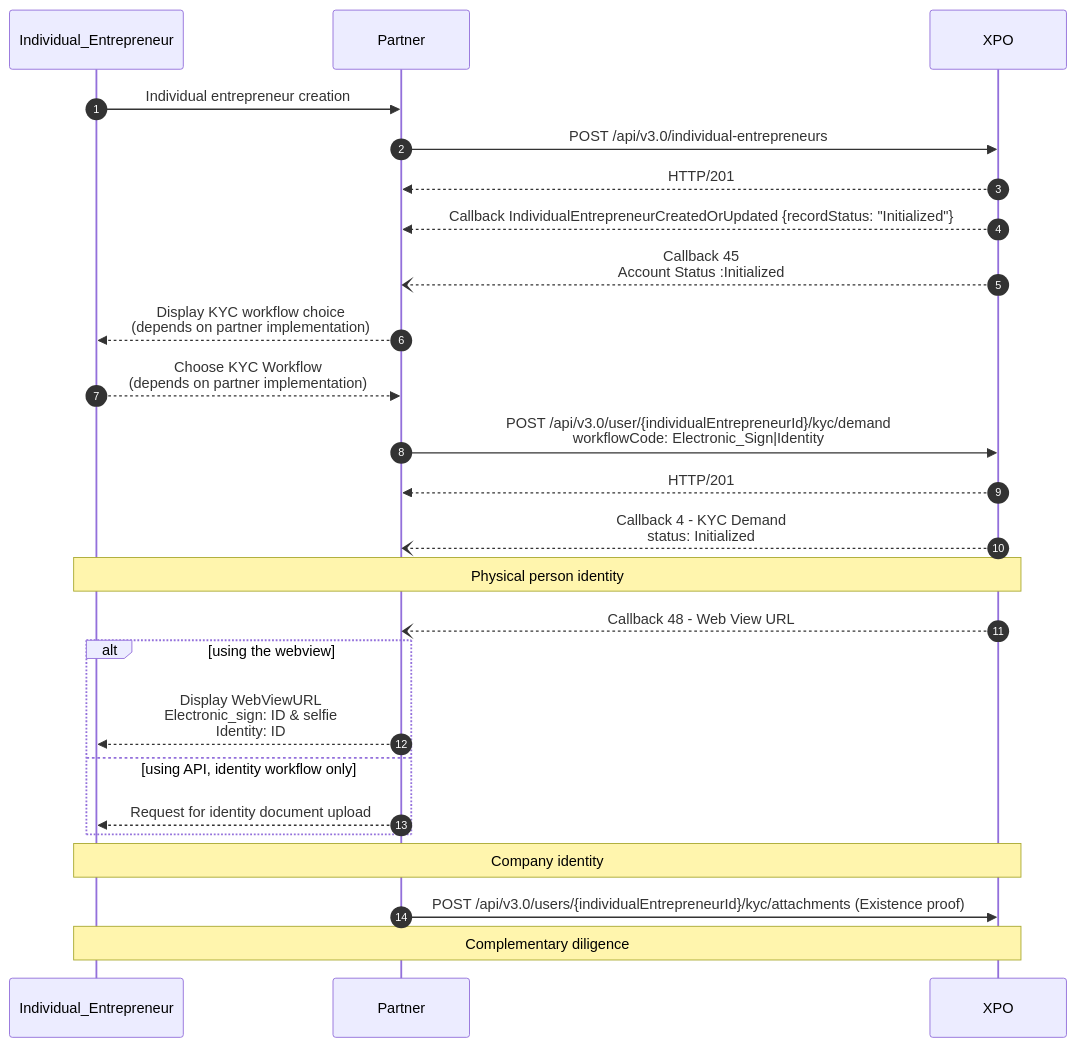
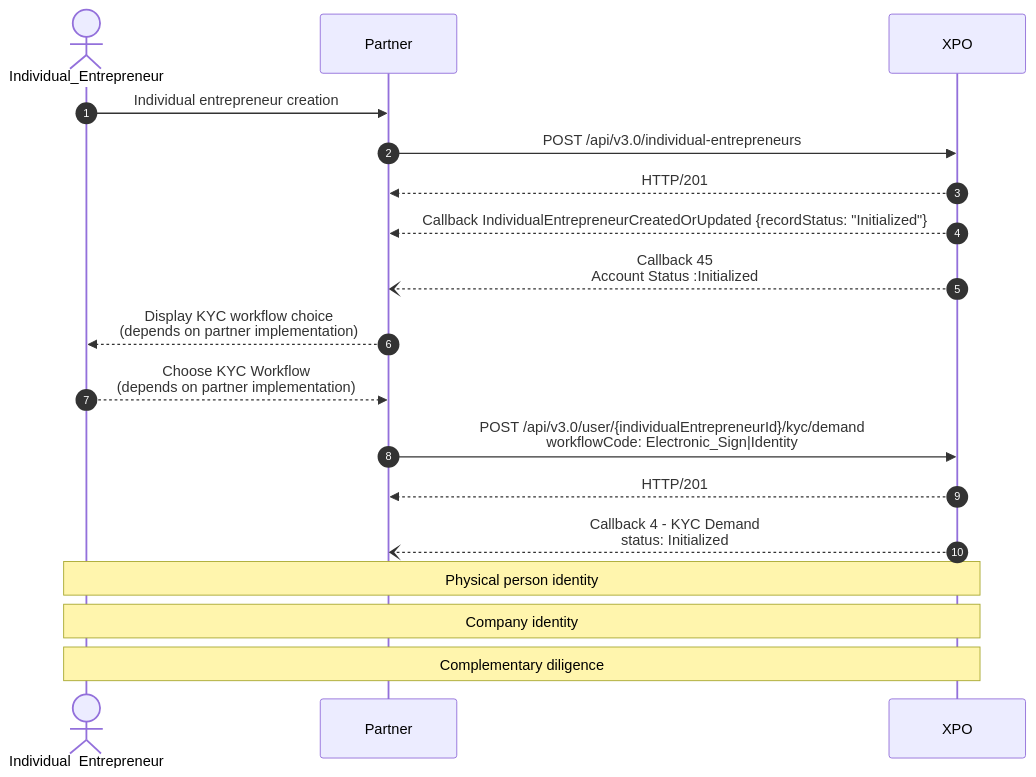
The second of 12 diagrams in docs/usecases/individual_entrepreneur/individual_entrepreneur_KYB.md (pomme-clic/s-money-documentation), drawn with Mermaid before and after one commit. The commit also changed other lines of this file, not shown here.

````diff
--- a/docs/usecases/individual_entrepreneur/individual_entrepreneur_KYB.md
+++ b/docs/usecases/individual_entrepreneur/individual_entrepreneur_KYB.md
@@ -43,35 +43,26 @@
 ```mermaid
 sequenceDiagram
 autoNumber
-Participant User as Individual_Entrepreneur
+Actor User as Individual_Entrepreneur
 Participant Partner
 Participant XPO
 User ->> Partner : Individual entrepreneur creation
 Partner ->> XPO : POST /api/v3.0/individual-entrepreneurs
 XPO -->> Partner: HTTP/201
 XPO -->> Partner: Callback IndividualEntrepreneurCreatedOrUpdated {recordStatus: "Initialized"}
 XPO --) Partner : Callback 45<br/>Account Status :Initialized
 
 Partner -->> User : Display KYC workflow choice<br/>(depends on partner implementation)
 User -->> Partner: Choose KYC Workflow<br/>(depends on partner implementation)
 Partner ->> XPO: POST /api/v3.0/user/{individualEntrepreneurId}/kyc/demand<br/>workflowCode: Electronic_Sign|Identity
 XPO -->> Partner : HTTP/201
 XPO --) Partner : Callback 4 - KYC Demand<br/>status: Initialized
 
 
 Note over User, XPO: Physical person identity
-XPO --) Partner : Callback 48 - Web View URL
-alt using the webview
-    Partner -->> User : Display WebViewURL <br/> Electronic_sign: ID & selfie <br/> Identity: ID
-else using API, identity workflow only
-    Partner -->> User : Request for identity document upload
-    
-end
+
 
 Note over User, XPO: Company identity
-Partner ->> XPO: POST  /api/v3.0/users/{individualEntrepreneurId}/kyc/attachments (Existence proof)
-
 
 Note over User, XPO: Complementary diligence
-
 ```
````
